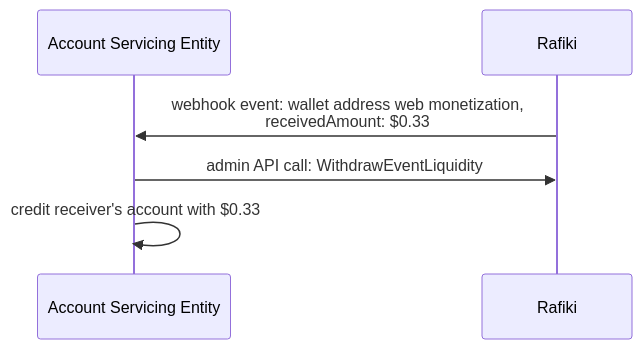
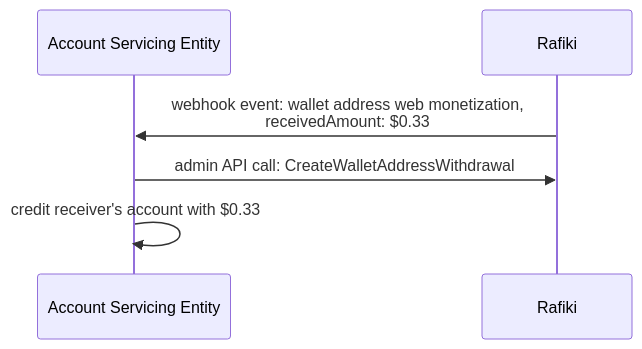
One commit to interledger/rafiki changed the seventh of 10 diagrams in packages/documentation/src/content/docs/integration/event-handlers.md. Above: the diagram before and after it, drawn with Mermaid. The commit also changed other lines of this file and 1 other file, not shown here.

````diff
--- a/packages/documentation/src/content/docs/integration/event-handlers.md
+++ b/packages/documentation/src/content/docs/integration/event-handlers.md
@@ -118,11 +118,11 @@
 ```mermaid
 
 sequenceDiagram
 
 participant ASE as Account Servicing Entity
 participant R as Rafiki
 
 R->>ASE: webhook event: wallet address web monetization,<br>receivedAmount: $0.33
-ASE->>R: admin API call: WithdrawEventLiquidity
+ASE->>R: admin API call: CreateWalletAddressWithdrawal
 ASE->>ASE: credit receiver's account with $0.33
 ```
````
